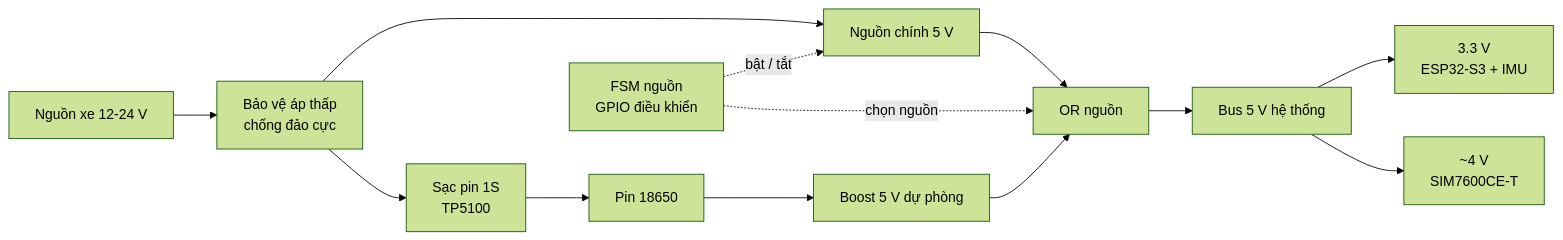
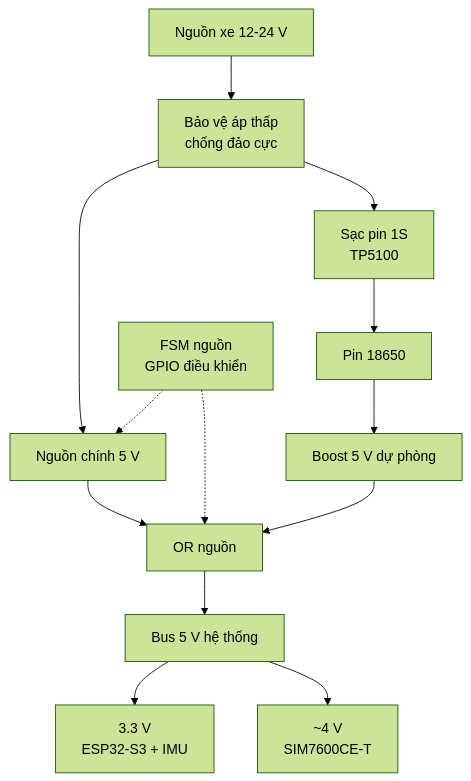
Before and after one commit to anmh1205/IoT_Vehicle_Tracking_System: the diagram in resources/reports/thesis/final/assets/uml/03-chuong-3-giai-phap-phan-cung-hinh-3-4a.mmd, drawn with Mermaid (forest theme). The commit also changed 337 other files, not shown here.

```diff
--- a/resources/reports/thesis/final/assets/uml/03-chuong-3-giai-phap-phan-cung-hinh-3-4a.mmd
+++ b/resources/reports/thesis/final/assets/uml/03-chuong-3-giai-phap-phan-cung-hinh-3-4a.mmd
@@ -1,15 +1,17 @@
-flowchart LR
+flowchart TB
     Vin["Nguồn xe 12-24 V"] --> Protect["Bảo vệ áp thấp<br>chống đảo cực"]
+
     Protect --> Main5["Nguồn chính 5 V"]
     Protect --> Charger["Sạc pin 1S<br>TP5100"]
     Charger --> Cell["Pin 18650"]
     Cell --> Boost["Boost 5 V dự phòng"]
 
     Main5 --> Or["OR nguồn"]
     Boost --> Or
     Or --> Bus["Bus 5 V hệ thống"]
+
     Bus --> Rail33["3.3 V<br>ESP32-S3 + IMU"]
     Bus --> Rail4["~4 V<br>SIM7600CE-T"]
 
-    Fsm["FSM nguồn<br>GPIO điều khiển"] -. bật / tắt .-> Main5
-    Fsm -. chọn nguồn .-> Or
+    Fsm["FSM nguồn<br>GPIO điều khiển"] -.-> Main5
+    Fsm -.-> Or
```
